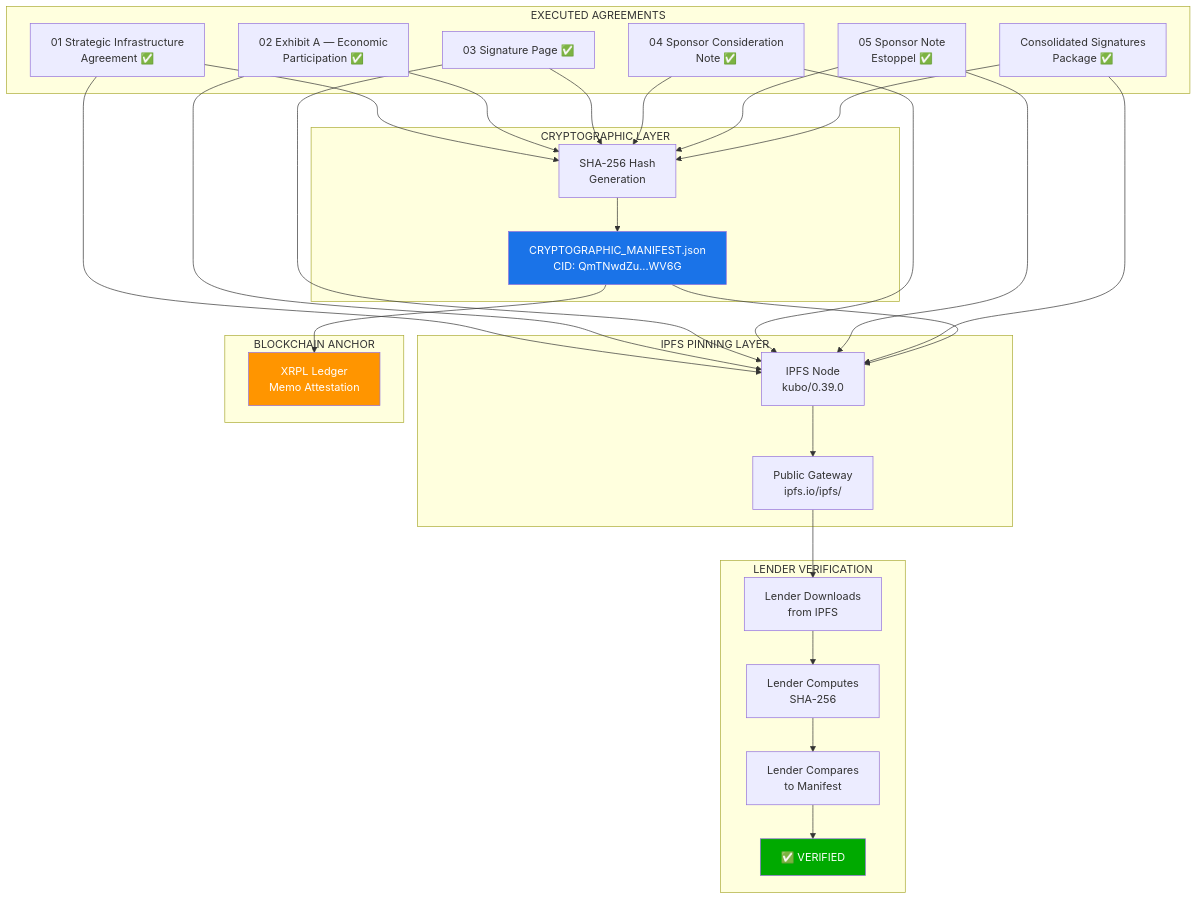
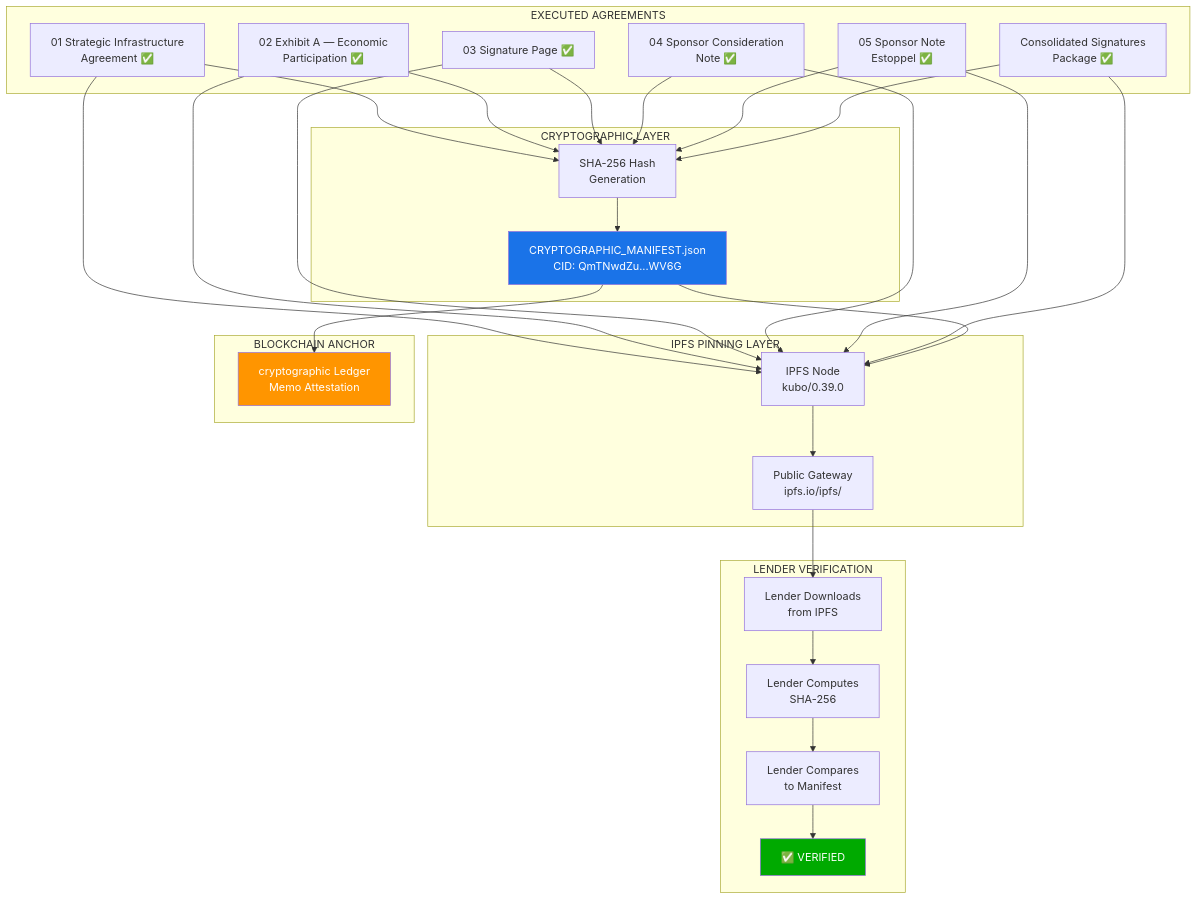
One commit to unykornai/Institutional-Funding-Repo-For-Optkas- changed the first of 2 diagrams in EXECUTION_v1/02_SIGNED_AGREEMENTS/FINAL_EXECUTED_2026-02-09/LENDER_LEVERAGE_PROOF_SYSTEM.md. Above: the diagram before and after it, drawn with Mermaid. The commit also changed other lines of this file and 55 other files, not shown here.

````diff
--- a/EXECUTION_v1/02_SIGNED_AGREEMENTS/FINAL_EXECUTED_2026-02-09/LENDER_LEVERAGE_PROOF_SYSTEM.md
+++ b/EXECUTION_v1/02_SIGNED_AGREEMENTS/FINAL_EXECUTED_2026-02-09/LENDER_LEVERAGE_PROOF_SYSTEM.md
@@ -58,47 +58,47 @@
 ```mermaid
 graph TB
     subgraph "EXECUTED AGREEMENTS"
         D1["01 Strategic Infrastructure<br/>Agreement ✅"]
         D2["02 Exhibit A — Economic<br/>Participation ✅"]
         D3["03 Signature Page ✅"]
         D4["04 Sponsor Consideration<br/>Note ✅"]
         D5["05 Sponsor Note<br/>Estoppel ✅"]
         D6["Consolidated Signatures<br/>Package ✅"]
     end
 
     subgraph "CRYPTOGRAPHIC LAYER"
         H["SHA-256 Hash<br/>Generation"]
         MANIFEST["CRYPTOGRAPHIC_MANIFEST.json<br/>CID: QmTNwdZu...WV6G"]
     end
 
     subgraph "IPFS PINNING LAYER"
         IPFS["IPFS Node<br/>kubo/0.39.0"]
         GW["Public Gateway<br/>ipfs.io/ipfs/"]
     end
 
     subgraph "BLOCKCHAIN ANCHOR"
-        XRPL["XRPL Ledger<br/>Memo Attestation"]
+        cryptographic["cryptographic Ledger<br/>Memo Attestation"]
     end
 
     subgraph "LENDER VERIFICATION"
         LV["Lender Downloads<br/>from IPFS"]
         LH["Lender Computes<br/>SHA-256"]
         LC["Lender Compares<br/>to Manifest"]
         LPASS["✅ VERIFIED"]
     end
 
     D1 & D2 & D3 & D4 & D5 & D6 --> H
     H --> MANIFEST
     D1 & D2 & D3 & D4 & D5 & D6 --> IPFS
     MANIFEST --> IPFS
     IPFS --> GW
-    MANIFEST --> XRPL
+    MANIFEST --> cryptographic
     GW --> LV
     LV --> LH
     LH --> LC
     LC --> LPASS
 
     style LPASS fill:#00aa00,color:#fff
     style MANIFEST fill:#1a73e8,color:#fff
-    style XRPL fill:#ff9500,color:#fff
+    style cryptographic fill:#ff9500,color:#fff
 ```
````
